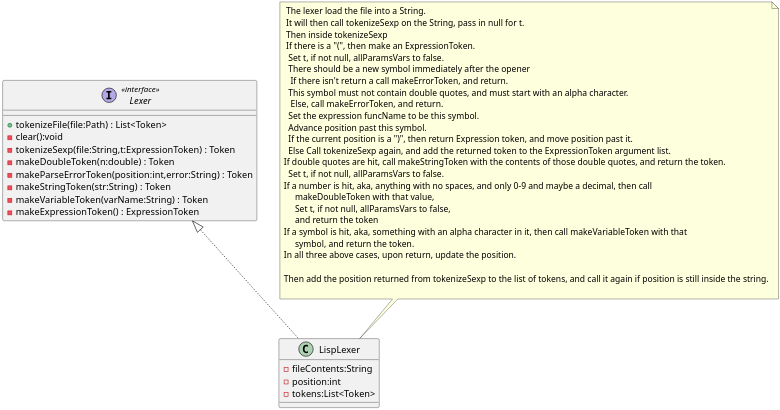
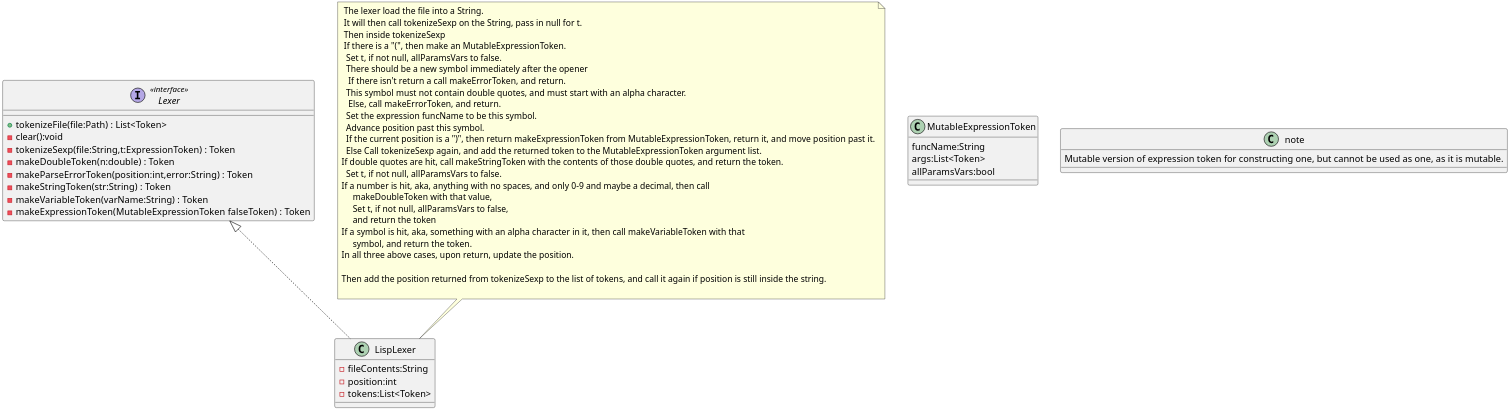
One commit to MatthewBregg/DesignPatternsRepo changed the diagram in Structure_UML/Lexer.org. Above: the diagram before and after it, drawn with PlantUML. The commit also changed 3 other files, not shown here.

```diff
--- a/Structure_UML/Lexer.org
+++ b/Structure_UML/Lexer.org
@@ -3,49 +3,56 @@
 #+BEGIN_SRC plantuml :file LexerUML.png
 skinparam dpi 300
 
 interface Lexer<<interface>>
 Lexer : +tokenizeFile(file:Path) : List<Token>
 Lexer : -clear():void
 Lexer : -tokenizeSexp(file:String,t:ExpressionToken) : Token
 Lexer : -makeDoubleToken(n:double) : Token
 Lexer : -makeParseErrorToken(position:int,error:String) : Token
 Lexer : -makeStringToken(str:String) : Token
 Lexer : -makeVariableToken(varName:String) : Token
-Lexer : -makeExpressionToken() : ExpressionToken
+Lexer : -makeExpressionToken(MutableExpressionToken falseToken) : Token
 
 class LispLexer
 LispLexer : -fileContents:String
 LispLexer : -position:int
 Lexer <|.. LispLexer
 LispLexer : -tokens:List<Token>
 
+class MutableExpressionToken 
+MutableExpressionToken : funcName:String
+MutableExpressionToken : args:List<Token>
+MutableExpressionToken : allParamsVars:bool 
+note : Mutable version of expression token for constructing one, but cannot be used as one, as it is mutable.
+
+
 note top of LispLexer
  The lexer load the file into a String.
  It will then call tokenizeSexp on the String, pass in null for t.
  Then inside tokenizeSexp
- If there is a "(", then make an ExpressionToken.
+ If there is a "(", then make an MutableExpressionToken.
   Set t, if not null, allParamsVars to false.
   There should be a new symbol immediately after the opener
    If there isn't return a call makeErrorToken, and return.
   This symbol must not contain double quotes, and must start with an alpha character.
    Else, call makeErrorToken, and return. 
   Set the expression funcName to be this symbol. 
   Advance position past this symbol.
-  If the current position is a ")", then return Expression token, and move position past it.
-  Else Call tokenizeSexp again, and add the returned token to the ExpressionToken argument list.
+  If the current position is a ")", then return makeExpressionToken from MutableExpressionToken, return it, and move position past it.
+  Else Call tokenizeSexp again, and add the returned token to the MutableExpressionToken argument list.
 If double quotes are hit, call makeStringToken with the contents of those double quotes, and return the token.
   Set t, if not null, allParamsVars to false.
 If a number is hit, aka, anything with no spaces, and only 0-9 and maybe a decimal, then call 
      makeDoubleToken with that value, 
      Set t, if not null, allParamsVars to false,
      and return the token
 If a symbol is hit, aka, something with an alpha character in it, then call makeVariableToken with that
      symbol, and return the token.
 In all three above cases, upon return, update the position.
 
 Then add the position returned from tokenizeSexp to the list of tokens, and call it again if position is still inside the string.
 
 end note
   
 
 #+END_SRC
```
